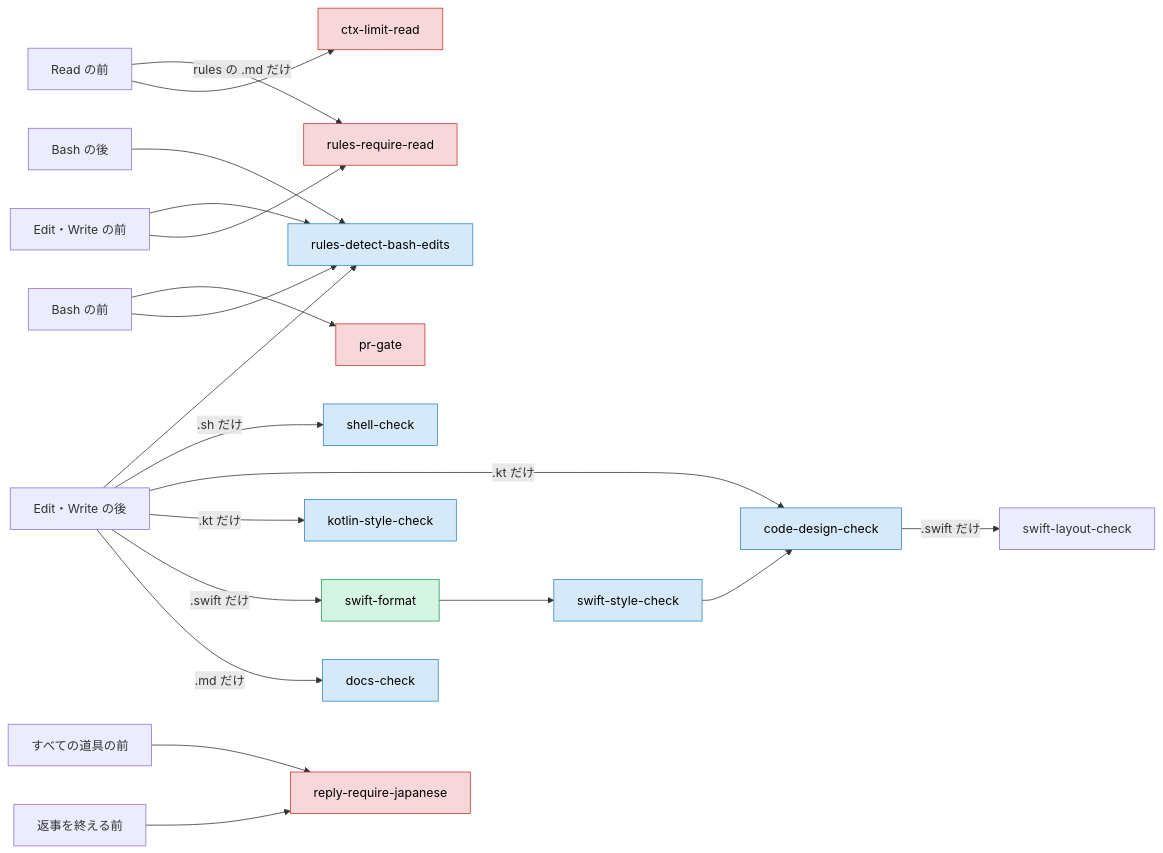
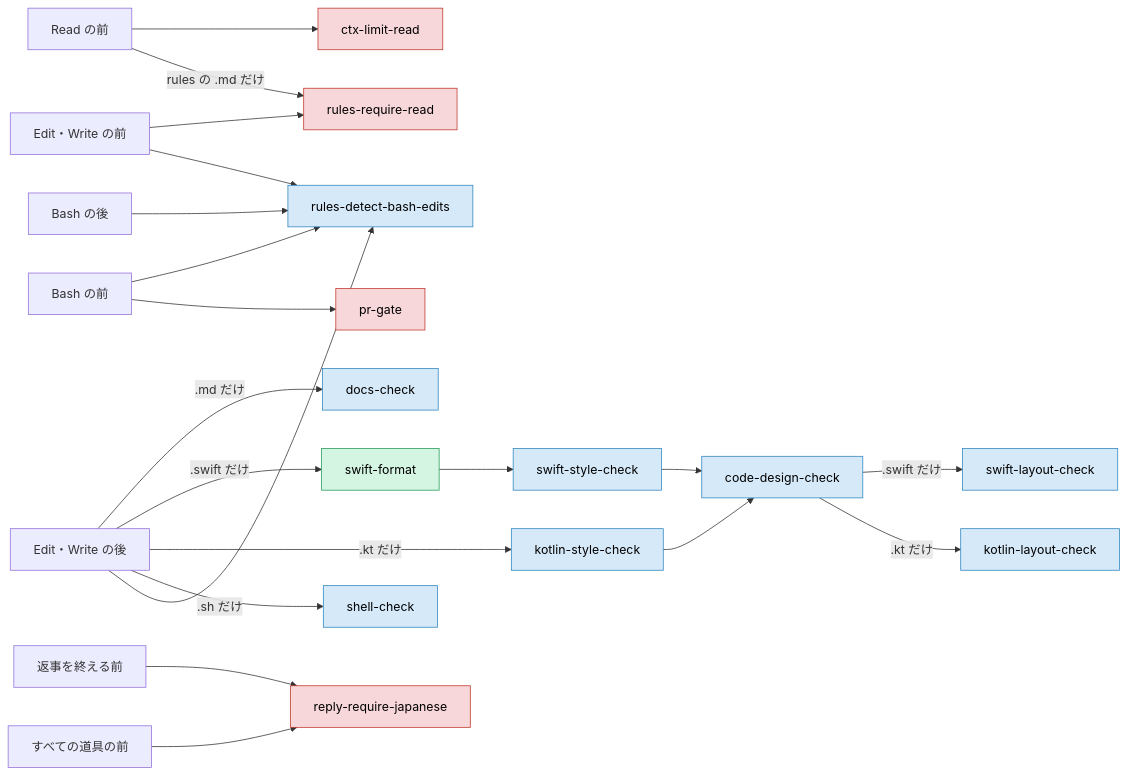
Before and after one commit to yossibank/claude-config: the diagram in docs/usage/components.md, drawn with Mermaid. The commit also changed other lines of this file and 23 other files, not shown here.

First line of the commit message:
feat: check the kotlin layout like the swift one (#200)

````diff
--- a/docs/usage/components.md
+++ b/docs/usage/components.md
@@ -35,28 +36,29 @@
 ```mermaid
 flowchart LR
     readBefore["Read の前"] --> limit["ctx-limit-read"]
     readBefore -->|rules の .md だけ| require["rules-require-read"]
     editBefore["Edit・Write の前"] --> require
     editBefore --> detect["rules-detect-bash-edits"]
     editAfter["Edit・Write の後"] -->|.md だけ| docs["docs-check"]
     editAfter -->|.swift だけ| swift["swift-format"]
     swift --> swiftStyle["swift-style-check"]
     swiftStyle --> design["code-design-check"]
     design -->|.swift だけ| layout["swift-layout-check"]
     editAfter -->|.kt だけ| kotlinStyle["kotlin-style-check"]
-    editAfter -->|.kt だけ| design
+    kotlinStyle --> design
+    design -->|.kt だけ| kotlinLayout["kotlin-layout-check"]
     editAfter -->|.sh だけ| shell["shell-check"]
     editAfter --> detect
     bashBefore["Bash の前"] --> detect
     bashBefore --> gate["pr-gate"]
     bashAfter["Bash の後"] --> detect
     stop["返事を終える前"] --> japanese["reply-require-japanese"]
     toolBefore["すべての道具の前"] --> japanese
 
     classDef block fill:#f8d7da,stroke:#c0392b,color:#000
     classDef inform fill:#d6e9f8,stroke:#2e86c1,color:#000
     classDef tidy fill:#d5f5e3,stroke:#239b56,color:#000
     class limit,require,gate,japanese block
-    class design,docs,kotlinStyle,swiftStyle,shell,detect inform
+    class design,docs,kotlinLayout,kotlinStyle,layout,swiftStyle,shell,detect inform
     class swift tidy
 ```
````
